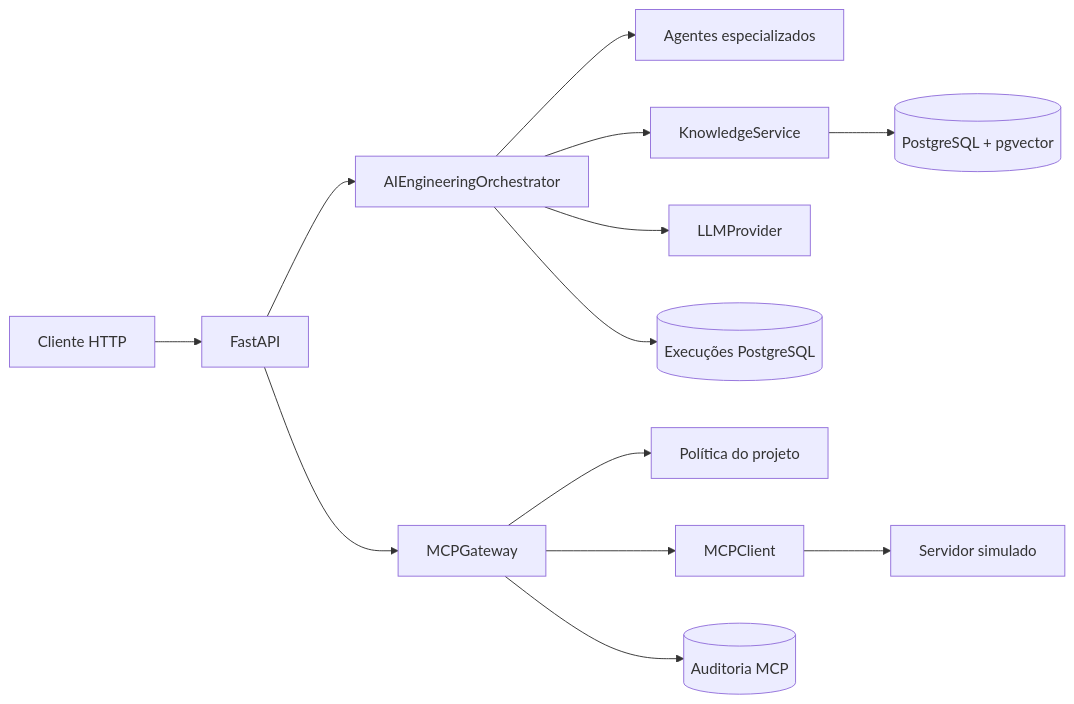
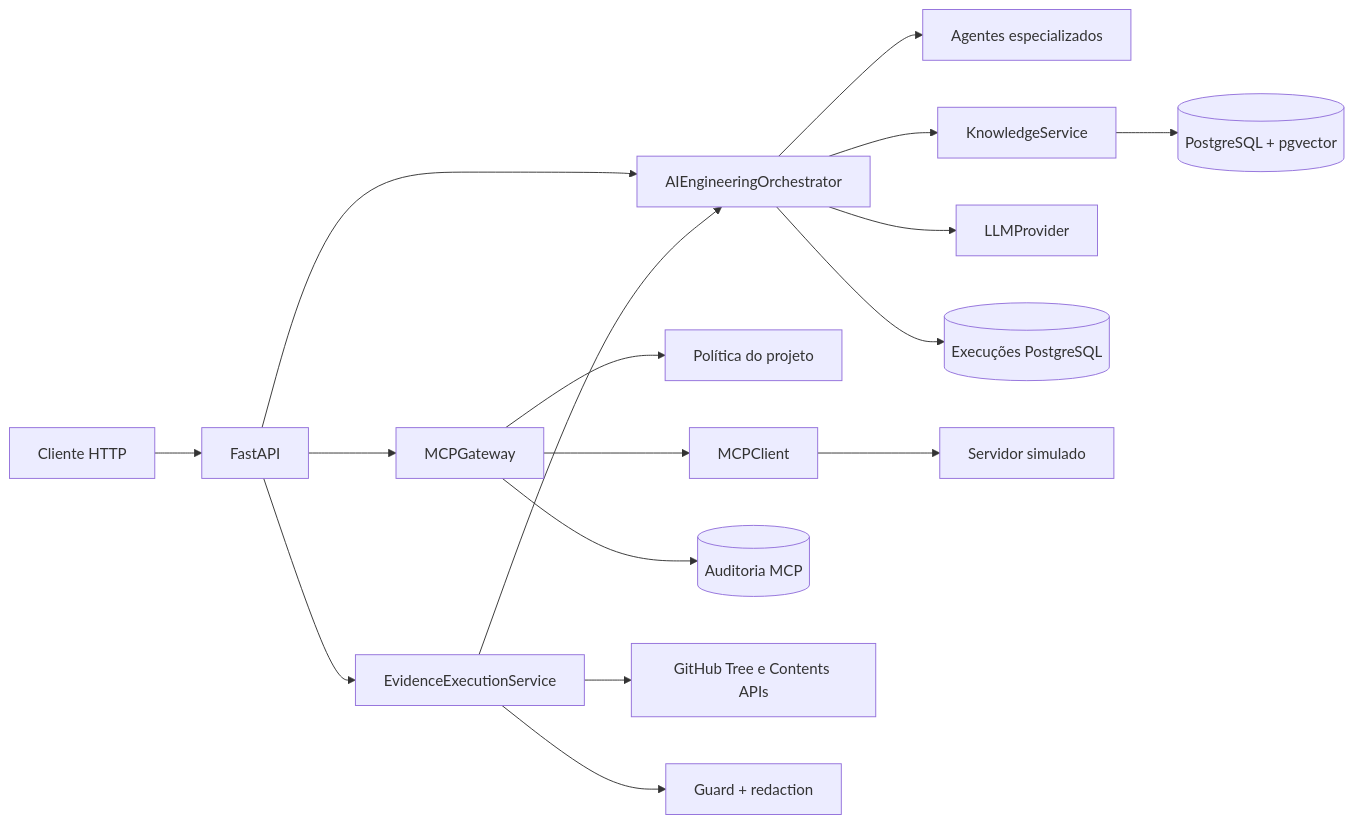
The first of 3 diagrams in docs/pt-BR/guia-arquitetura.md (AriRoberto/ai-engineering-orchestrator), drawn with Mermaid before and after one commit. The commit also changed other lines of this file and 20 other files, not shown here.

````diff
--- a/docs/pt-BR/guia-arquitetura.md
+++ b/docs/pt-BR/guia-arquitetura.md
@@ -8,15 +8,19 @@
 ```mermaid
 flowchart LR
     C[Cliente HTTP] --> API[FastAPI]
     API --> O[AIEngineeringOrchestrator]
     O --> A[Agentes especializados]
     O --> K[KnowledgeService]
     O --> L[LLMProvider]
     O --> E[(Execuções PostgreSQL)]
     K --> V[(PostgreSQL + pgvector)]
     API --> M[MCPGateway]
     M --> P[Política do projeto]
     M --> S[MCPClient]
     M --> AU[(Auditoria MCP)]
     S --> D[Servidor simulado]
+    API --> EC[EvidenceExecutionService]
+    EC --> GH[GitHub Tree e Contents APIs]
+    EC --> CG[Guard + redaction]
+    EC --> O
 ```
````
